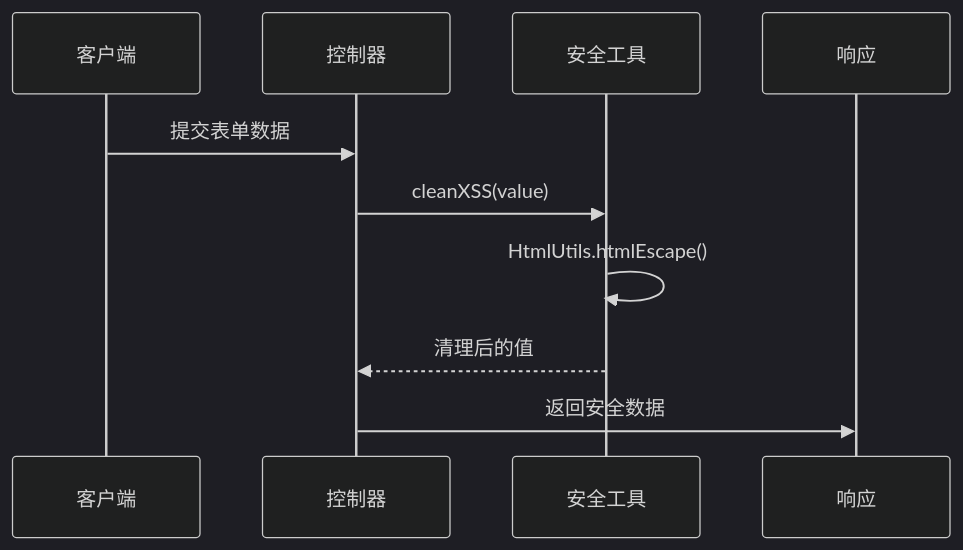
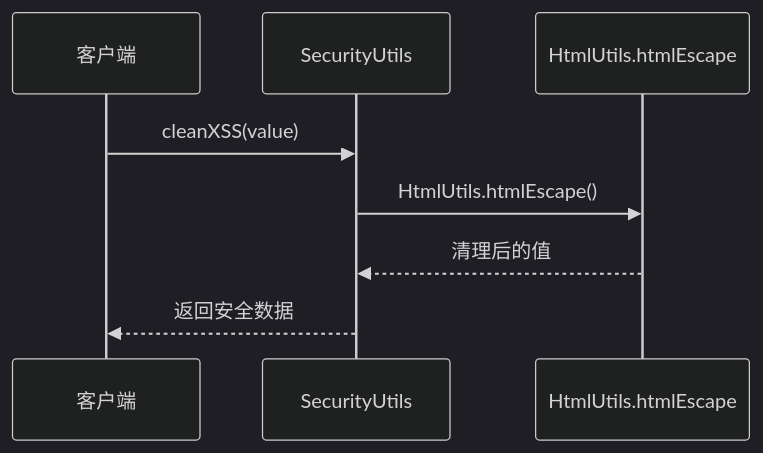
The fifth of 10 diagrams in .qoder/repowiki/zh/content/安全考虑/安全考虑.md (QoderZcy/zcyTest2), drawn with Mermaid (dark theme) before and after one commit. The commit also changed other lines of this file and 9 other files, not shown here.

````diff
--- a/.qoder/repowiki/zh/content/安全考虑/安全考虑.md
+++ b/.qoder/repowiki/zh/content/安全考虑/安全考虑.md
@@ -115,12 +196,10 @@
 ```mermaid
 sequenceDiagram
 participant CLIENT as 客户端
-participant CONTROLLER as 控制器
-participant UTIL as 安全工具
-participant RESPONSE as 响应
-CLIENT->>CONTROLLER : 提交表单数据
-CONTROLLER->>UTIL : cleanXSS(value)
-UTIL->>UTIL : HtmlUtils.htmlEscape()
-UTIL-->>CONTROLLER : 清理后的值
-CONTROLLER->>RESPONSE : 返回安全数据
+participant UTIL as SecurityUtils
+participant CLEAN as HtmlUtils.htmlEscape
+CLIENT->>UTIL : cleanXSS(value)
+UTIL->>CLEAN : HtmlUtils.htmlEscape()
+CLEAN-->>UTIL : 清理后的值
+UTIL-->>CLIENT : 返回安全数据
 ```
````
